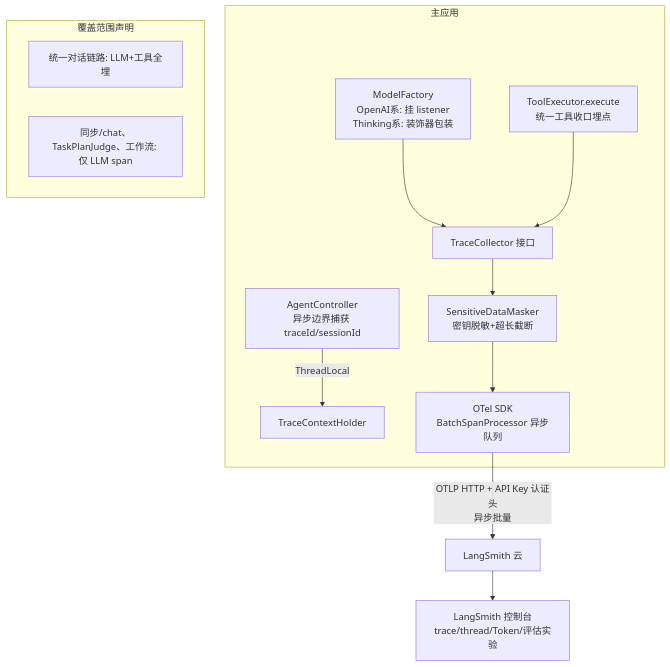
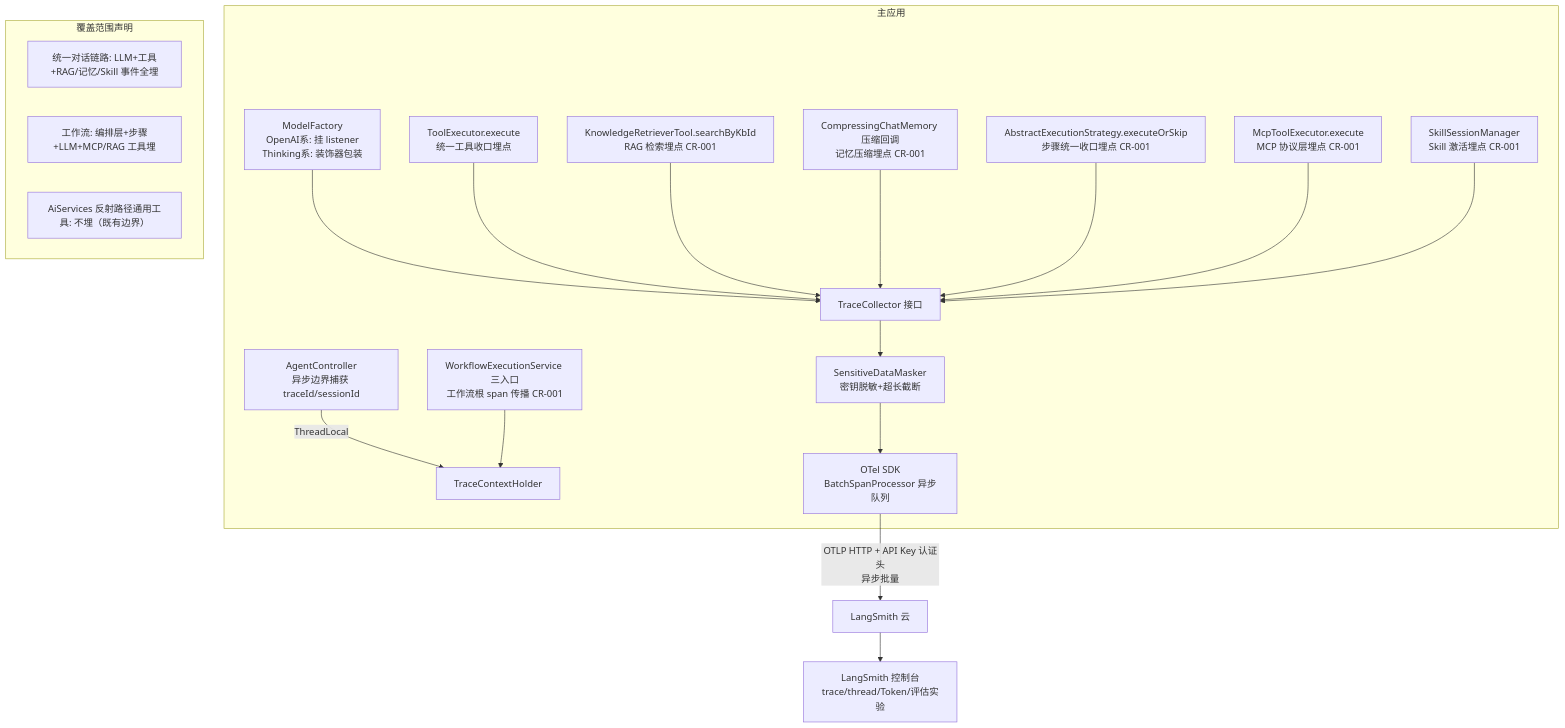
The first of 2 diagrams in specs/features/20260829_langsmith-observability/langsmith-observability_技术方案.md (zxchengQQ/agent_demo), drawn with Mermaid before and after one commit. The commit also changed other lines of this file and 182 other files, not shown here.

````diff
--- a/specs/features/20260829_langsmith-observability/langsmith-observability_技术方案.md
+++ b/specs/features/20260829_langsmith-observability/langsmith-observability_技术方案.md
@@ -41,16 +41,23 @@
 ```mermaid
 graph TB
     subgraph 主应用
         AC[AgentController<br/>异步边界捕获 traceId/sessionId] -->|ThreadLocal| TCH[TraceContextHolder]
         MF[ModelFactory<br/>OpenAI系: 挂 listener<br/>Thinking系: 装饰器包装] --> TC[TraceCollector 接口]
         TE[ToolExecutor.execute<br/>统一工具收口埋点] --> TC
+        KRT[KnowledgeRetrieverTool.searchByKbId<br/>RAG 检索埋点 CR-001] --> TC
+        CMM[CompressingChatMemory 压缩回调<br/>记忆压缩埋点 CR-001] --> TC
+        WES[WorkflowExecutionService 三入口<br/>工作流根 span 传播 CR-001] --> TCH
+        AES[AbstractExecutionStrategy.executeOrSkip<br/>步骤统一收口埋点 CR-001] --> TC
+        MTE[McpToolExecutor.execute<br/>MCP 协议层埋点 CR-001] --> TC
+        SSM[SkillSessionManager<br/>Skill 激活埋点 CR-001] --> TC
         TC --> MASK[SensitiveDataMasker<br/>密钥脱敏+超长截断]
         MASK --> OTel[OTel SDK<br/>BatchSpanProcessor 异步队列]
     end
     OTel -->|OTLP HTTP + API Key 认证头<br/>异步批量| LS[LangSmith 云]
     LS --> UI[LangSmith 控制台<br/>trace/thread/Token/评估实验]
     subgraph 覆盖范围声明
-        M1[统一对话链路: LLM+工具全埋]
-        M2[同步/chat、TaskPlanJudge、工作流: 仅 LLM span]
+        M1[统一对话链路: LLM+工具+RAG/记忆/Skill 事件全埋]
+        M2[工作流: 编排层+步骤+LLM+MCP/RAG 工具埋]
+        M3[AiServices 反射路径通用工具: 不埋（既有边界）]
     end
 ```
````
